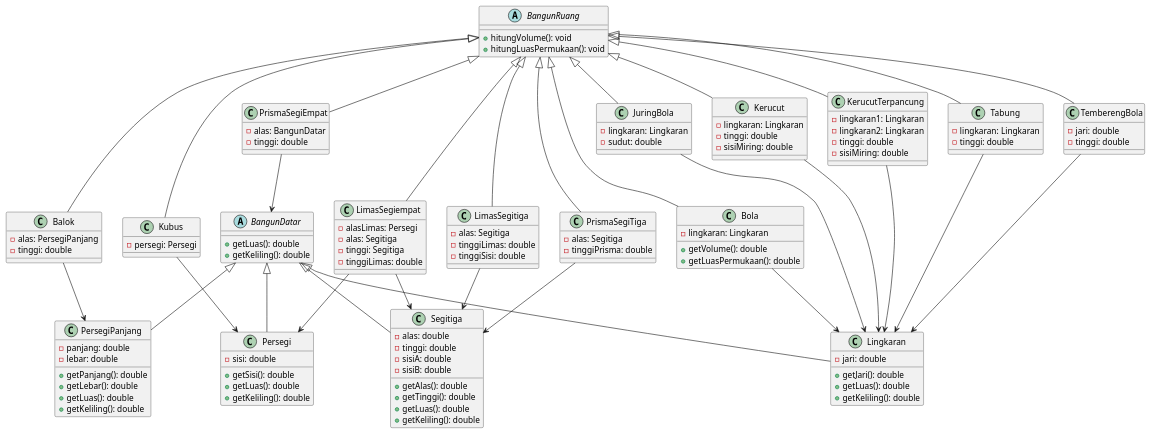
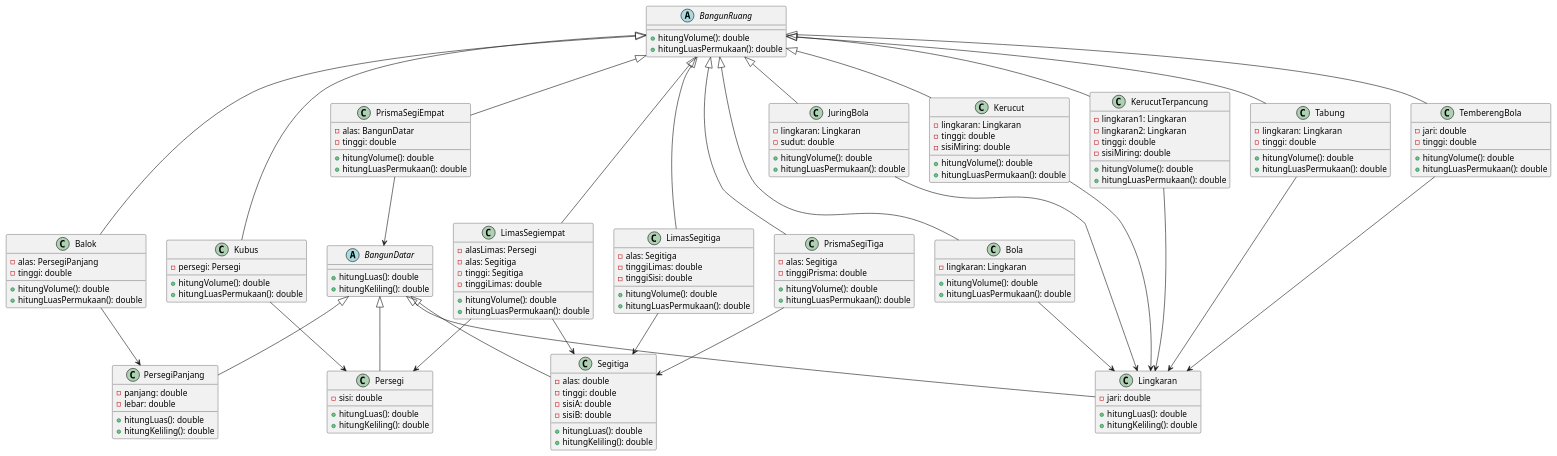
Before and after one commit to Aracellii/ProjectPbo: the diagram in Pbo/src/main/PlantUmlDiagram.puml, drawn with PlantUML.

```diff
--- a/Pbo/src/main/PlantUmlDiagram.puml
+++ b/Pbo/src/main/PlantUmlDiagram.puml
@@ -1,150 +1,166 @@
 @startuml
 
 ' Abstract Classes
 abstract class BangunRuang {
-    +hitungVolume(): void
-    +hitungLuasPermukaan(): void
+    +hitungVolume(): double
+    +hitungLuasPermukaan(): double
 }
 
 abstract class BangunDatar {
-    +getLuas(): double
-    +getKeliling(): double
+    +hitungLuas(): double
+    +hitungKeliling(): double
 }
 
 ' Bangun Datar Classes
 class Persegi {
     -sisi: double
-    +getSisi(): double
-    +getLuas(): double
-    +getKeliling(): double
+    +hitungLuas(): double
+    +hitungKeliling(): double
 }
 
 class PersegiPanjang {
     -panjang: double
     -lebar: double
-    +getPanjang(): double
-    +getLebar(): double
-    +getLuas(): double
-    +getKeliling(): double
+    +hitungLuas(): double
+    +hitungKeliling(): double
 }
 
 class Lingkaran {
     -jari: double
-    +getJari(): double
-    +getLuas(): double
-    +getKeliling(): double
+    +hitungLuas(): double
+    +hitungKeliling(): double
 }
 
 class Segitiga {
     -alas: double
     -tinggi: double
     -sisiA: double
     -sisiB: double
-    +getAlas(): double
-    +getTinggi(): double
-    +getLuas(): double
-    +getKeliling(): double
+    +hitungLuas(): double
+    +hitungKeliling(): double
 }
 
 ' Bangun Ruang Classes
 class Balok {
     -alas: PersegiPanjang
     -tinggi: double
+    +hitungVolume(): double
+    +hitungLuasPermukaan(): double
 }
 
 class Bola {
     -lingkaran: Lingkaran
-    +getVolume(): double
-    +getLuasPermukaan(): double
+    +hitungVolume(): double
+    +hitungLuasPermukaan(): double
 }
 
 class JuringBola {
     -lingkaran: Lingkaran
     -sudut: double
+    +hitungVolume(): double
+    +hitungLuasPermukaan(): double
 }
 
 class Kerucut {
     -lingkaran: Lingkaran
     -tinggi: double
     -sisiMiring: double
+    +hitungVolume(): double
+    +hitungLuasPermukaan(): double
 }
 
 class KerucutTerpancung {
     -lingkaran1: Lingkaran
     -lingkaran2: Lingkaran
     -tinggi: double
     -sisiMiring: double
+    +hitungVolume(): double
+    +hitungLuasPermukaan(): double
 }
 
 class Kubus {
     -persegi: Persegi
+    +hitungVolume(): double
+    +hitungLuasPermukaan(): double
 }
 
 class LimasSegiempat {
     -alasLimas: Persegi
     -alas: Segitiga
     -tinggi: Segitiga
     -tinggiLimas: double
+    +hitungVolume(): double
+    +hitungLuasPermukaan(): double
 }
 
 class LimasSegitiga {
     -alas: Segitiga
     -tinggiLimas: double
     -tinggiSisi: double
+    +hitungVolume(): double
+    +hitungLuasPermukaan(): double
 }
 
 class PrismaSegiEmpat {
     -alas: BangunDatar
     -tinggi: double
+    +hitungVolume(): double
+    +hitungLuasPermukaan(): double
 }
 
 class PrismaSegiTiga {
     -alas: Segitiga
     -tinggiPrisma: double
+    +hitungVolume(): double
+    +hitungLuasPermukaan(): double
 }
 
 class Tabung {
     -lingkaran: Lingkaran
     -tinggi: double
+    +hitungVolume(): double
+    +hitungLuasPermukaan(): double
 }
 
 class TemberengBola {
     -jari: double
     -tinggi: double
+    +hitungVolume(): double
+    +hitungLuasPermukaan(): double
 }
 
 ' Inheritance
 BangunRuang <|-- Balok
 BangunRuang <|-- Bola
 BangunRuang <|-- JuringBola
 BangunRuang <|-- Kerucut
 BangunRuang <|-- KerucutTerpancung
 BangunRuang <|-- Kubus
 BangunRuang <|-- LimasSegiempat
 BangunRuang <|-- LimasSegitiga
 BangunRuang <|-- PrismaSegiEmpat
 BangunRuang <|-- PrismaSegiTiga
 BangunRuang <|-- Tabung
 BangunRuang <|-- TemberengBola
 
 BangunDatar <|-- Persegi
 BangunDatar <|-- PersegiPanjang
 BangunDatar <|-- Lingkaran
 BangunDatar <|-- Segitiga
 
 ' Composition / Aggregation
 Balok --> PersegiPanjang
 Bola --> Lingkaran
 JuringBola --> Lingkaran
 Kerucut --> Lingkaran
 KerucutTerpancung --> Lingkaran
 Kubus --> Persegi
 LimasSegiempat --> Persegi
 LimasSegiempat --> Segitiga
 LimasSegitiga --> Segitiga
 PrismaSegiEmpat --> BangunDatar
 PrismaSegiTiga --> Segitiga
 Tabung --> Lingkaran
 TemberengBola --> Lingkaran
 
 @enduml
```
